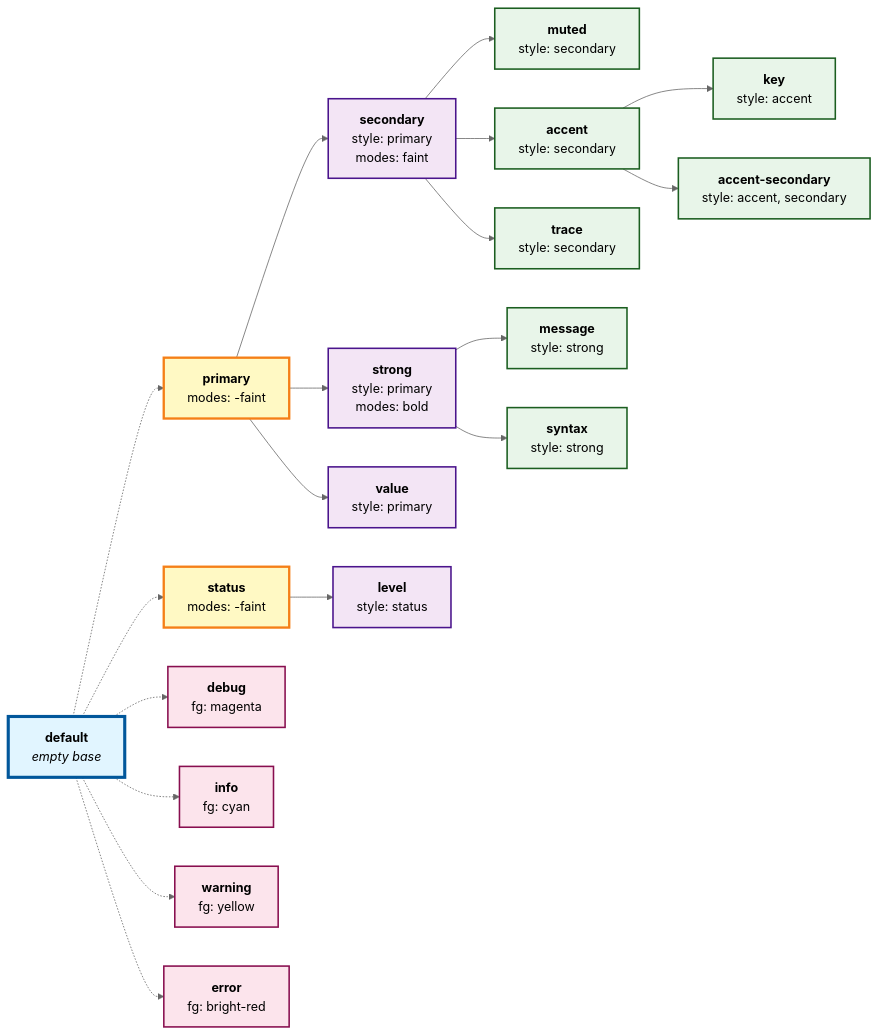
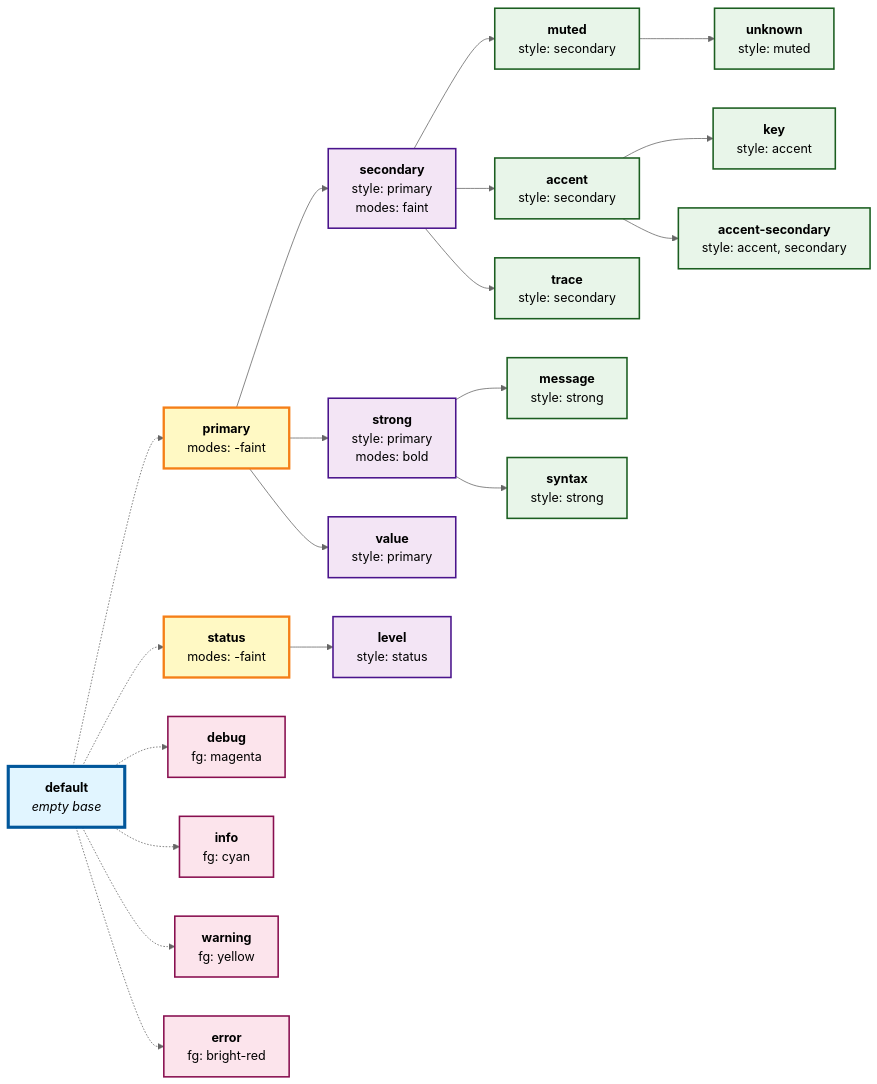
The diagram in doc/theme-style-roles.mmd (pamburus/hl), drawn with Mermaid before and after one commit. The commit also changed 43 other files, not shown here.

```diff
--- a/doc/theme-style-roles.mmd
+++ b/doc/theme-style-roles.mmd
@@ -1,76 +1,80 @@
 %%{init: {'theme':'base','themeVariables':{'primaryColor':'#e1f5ff','primaryTextColor':'#000','primaryBorderColor':'#01579b','lineColor':'#666','secondaryColor':'#fff9c4','tertiaryColor':'#f3e5f5','background':'transparent','mainBkg':'transparent','secondaryBkg':'transparent','tertiaryBkg':'transparent'}}}%%
 graph LR
     %% Root
     default["<b>default</b><br/><i>empty base</i>"]
 
     %% Tier 1
     primary["<b>primary</b><br/>modes: -faint"]
     status["<b>status</b><br/>modes: -faint"]
 
     %% Tier 2
     secondary["<b>secondary</b><br/>style: primary<br/>modes: faint"]
     strong["<b>strong</b><br/>style: primary<br/>modes: bold"]
     value["<b>value</b><br/>style: primary"]
     level["<b>level</b><br/>style: status"]
 
     %% Tier 3 - Secondary branch
     muted["<b>muted</b><br/>style: secondary"]
     accent["<b>accent</b><br/>style: secondary"]
+    unknown["<b>unknown</b><br/>style: muted"]
     trace["<b>trace</b><br/>style: secondary"]
 
     %% Tier 3 - Strong branch
     message["<b>message</b><br/>style: strong"]
     syntax["<b>syntax</b><br/>style: strong"]
 
     %% Tier 4 - Accent derivatives
     key["<b>key</b><br/>style: accent"]
     accsec["<b>accent-secondary</b><br/>style: accent, secondary"]
 
     %% Independent log levels
     debug["<b>debug</b><br/>fg: magenta"]
     info["<b>info</b><br/>fg: cyan"]
     warning["<b>warning</b><br/>fg: yellow"]
     error["<b>error</b><br/>fg: bright-red"]
 
     %% Connections from default
     default -.-> primary
     default -.-> status
     default -.-> debug
     default -.-> info
     default -.-> warning
     default -.-> error
 
     %% Primary branch
     primary --> secondary
     primary --> strong
     primary --> value
 
     %% Secondary branch
     secondary --> muted
     secondary --> accent
     secondary --> trace
 
+    %% Muted branch
+    muted --> unknown
+
     %% Accent branch
     accent --> key
     accent --> accsec
 
     %% Strong branch
     strong --> message
     strong --> syntax
 
     %% Status branch
     status --> level
 
     %% Style definitions with readable colors for both light and dark backgrounds
     classDef root fill:#e1f5ff,stroke:#01579b,stroke-width:4px,color:#000
     classDef tier1 fill:#fff9c4,stroke:#f57f17,stroke-width:3px,color:#000
     classDef tier2 fill:#f3e5f5,stroke:#4a148c,stroke-width:2px,color:#000
     classDef tier3 fill:#e8f5e9,stroke:#1b5e20,stroke-width:2px,color:#000
     classDef independent fill:#fff3e0,stroke:#e65100,stroke-width:2px,color:#000
     classDef loglevel fill:#fce4ec,stroke:#880e4f,stroke-width:2px,color:#000
 
     class default root
     class primary,status tier1
     class secondary,strong,value,level tier2
-    class muted,accent,trace,key,accsec,message,syntax tier3
+    class muted,accent,trace,unknown,key,accsec,message,syntax tier3
     class debug,info,warning,error loglevel
```
